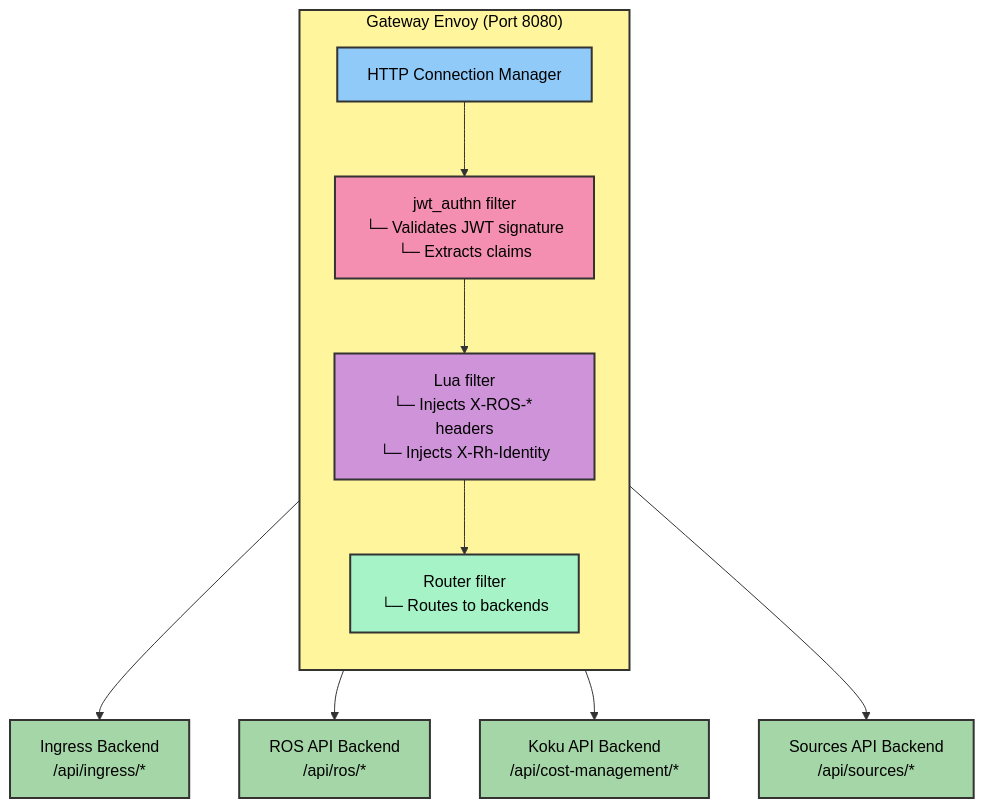
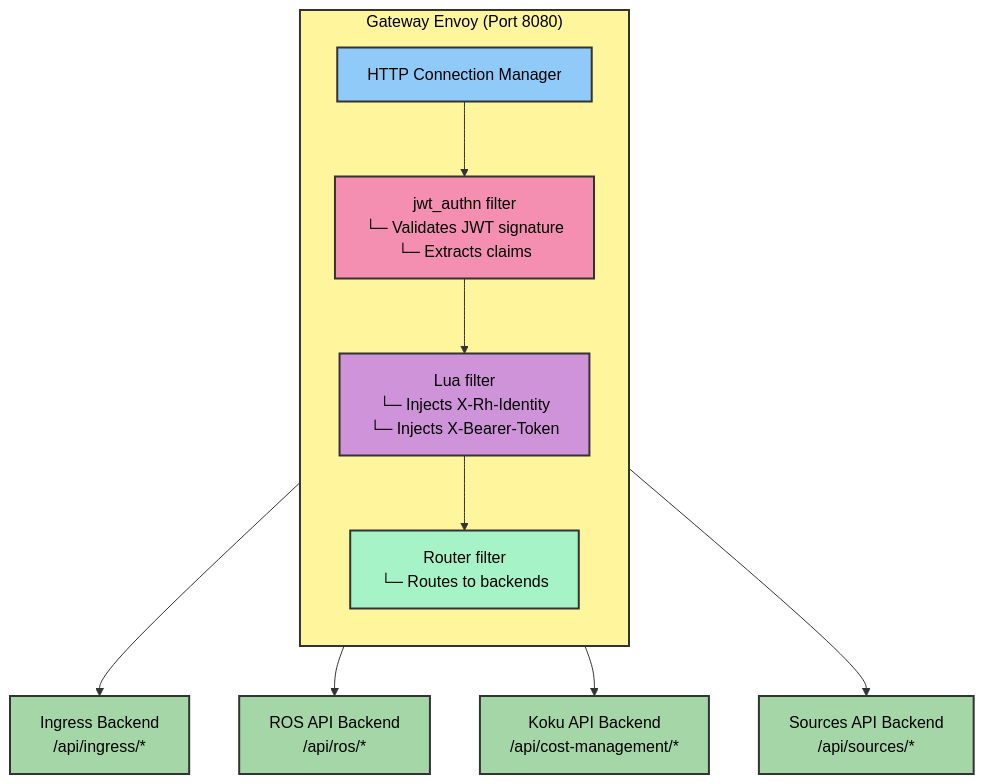
Before and after one commit to jordigilh/ros-helm-chart: the first of 2 diagrams in docs/helm-templates-reference.md, drawn with Mermaid. The commit also changed other lines of this file and 7 other files, not shown here.

````diff
--- a/docs/helm-templates-reference.md
+++ b/docs/helm-templates-reference.md
@@ -105,34 +121,34 @@
 ```mermaid
 graph TB
     subgraph Gateway["Gateway Envoy (Port 8080)"]
         direction TB
         HCM["HTTP Connection Manager"]
         JWT["jwt_authn filter<br/>└─ Validates JWT signature<br/>└─ Extracts claims"]
-        Lua["Lua filter<br/>└─ Injects X-ROS-* headers<br/>└─ Injects X-Rh-Identity"]
+        Lua["Lua filter<br/>└─ Injects X-Rh-Identity<br/>└─ Injects X-Bearer-Token"]
         Router["Router filter<br/>└─ Routes to backends"]
 
         HCM --> JWT
         JWT --> Lua
         Lua --> Router
     end
 
     Ingress["Ingress Backend<br/>/api/ingress/*"]
     RosAPI["ROS API Backend<br/>/api/ros/*"]
     Koku["Koku API Backend<br/>/api/cost-management/*"]
     Sources["Sources API Backend<br/>/api/sources/*"]
 
     Router --> Ingress
     Router --> RosAPI
     Router --> Koku
     Router --> Sources
 
     style Gateway fill:#fff59d,stroke:#333,stroke-width:2px,color:#000
     style Ingress fill:#a5d6a7,stroke:#333,stroke-width:2px,color:#000
     style RosAPI fill:#a5d6a7,stroke:#333,stroke-width:2px,color:#000
     style Koku fill:#a5d6a7,stroke:#333,stroke-width:2px,color:#000
     style Sources fill:#a5d6a7,stroke:#333,stroke-width:2px,color:#000
     style HCM fill:#90caf9,stroke:#333,stroke-width:2px,color:#000
     style JWT fill:#f48fb1,stroke:#333,stroke-width:2px,color:#000
     style Lua fill:#ce93d8,stroke:#333,stroke-width:2px,color:#000
     style Router fill:#a5f3c7,stroke:#333,stroke-width:2px,color:#000
 ```
````
